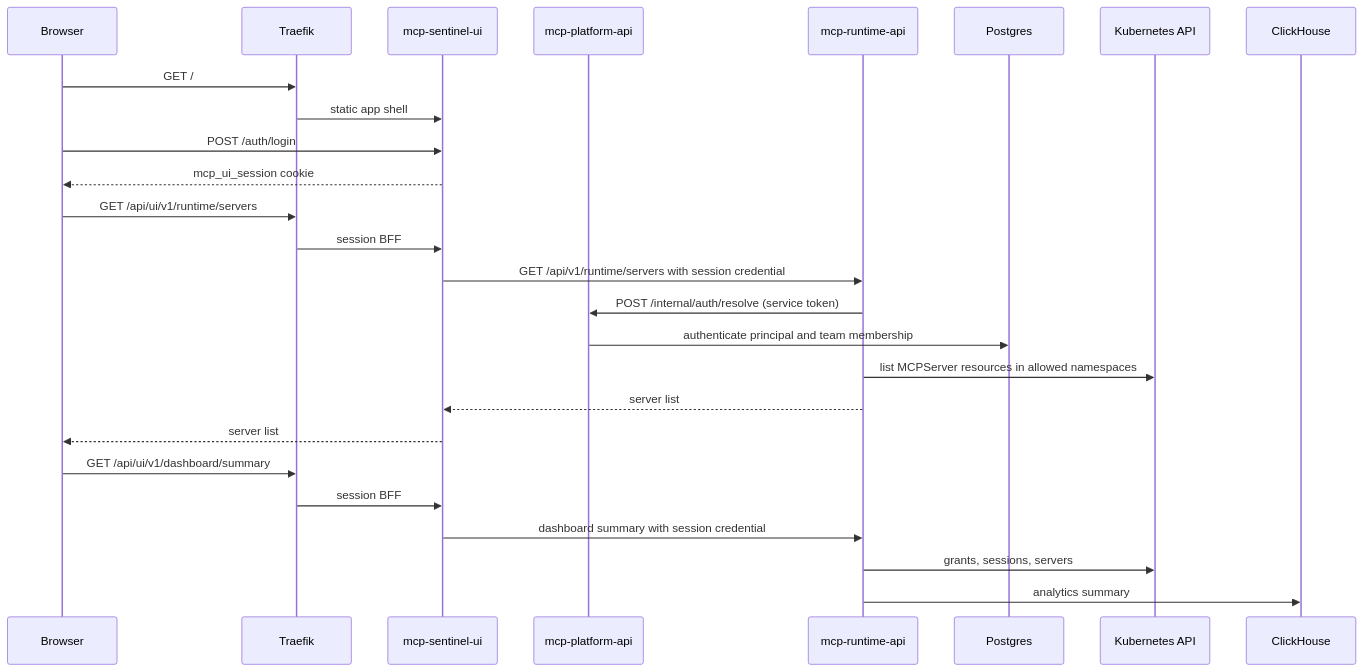
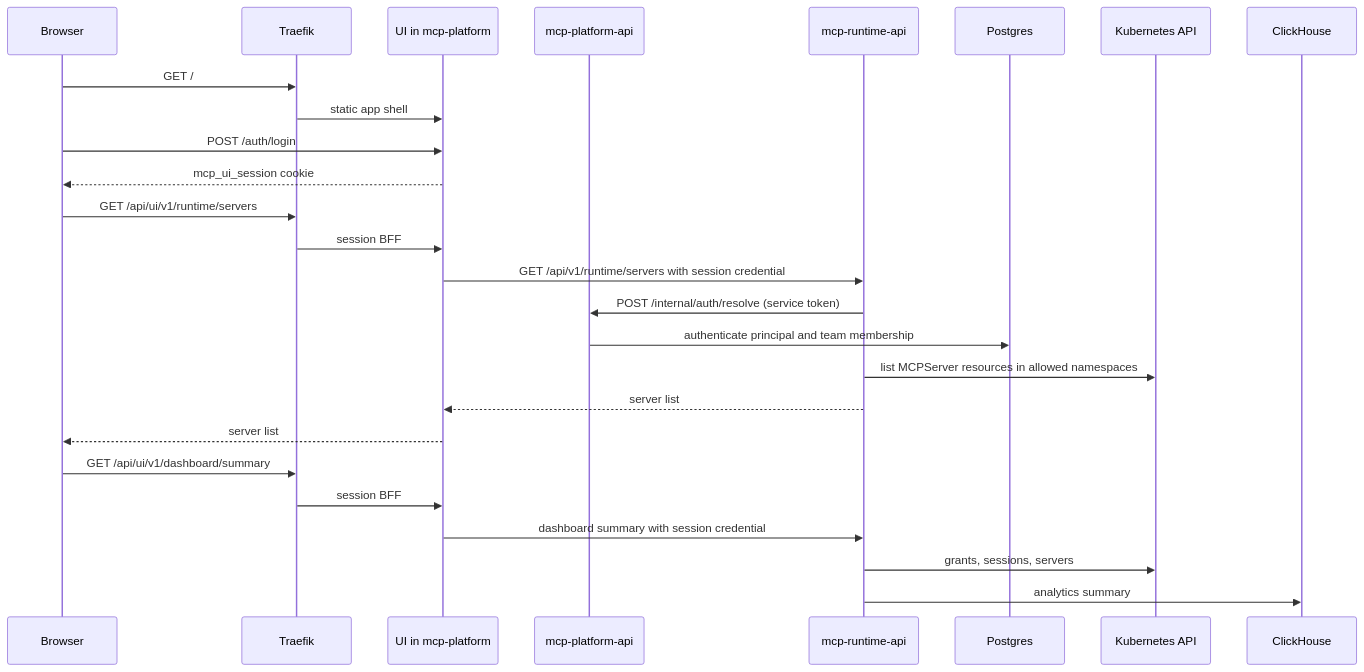
One commit to mcp-runtime/mcp-runtime changed the fifth of 9 diagrams in docs/internals/request-flows.md. Above: the diagram before and after it, drawn with Mermaid. The commit also changed other lines of this file and 237 other files, not shown here.

````diff
--- a/docs/internals/request-flows.md
+++ b/docs/internals/request-flows.md
@@ -169,29 +169,29 @@
 ```mermaid
 sequenceDiagram
     participant Browser
     participant Ingress as Traefik
-    participant UI as mcp-sentinel-ui
+    participant UI as UI in mcp-platform
     participant Platform as mcp-platform-api
     participant Runtime as mcp-runtime-api
     participant DB as Postgres
     participant K8s as Kubernetes API
     participant Store as ClickHouse
 
     Browser->>Ingress: GET /
     Ingress->>UI: static app shell
     Browser->>UI: POST /auth/login
     UI-->>Browser: mcp_ui_session cookie
     Browser->>Ingress: GET /api/ui/v1/runtime/servers
     Ingress->>UI: session BFF
     UI->>Runtime: GET /api/v1/runtime/servers with session credential
     Runtime->>Platform: POST /internal/auth/resolve (service token)
     Platform->>DB: authenticate principal and team membership
     Runtime->>K8s: list MCPServer resources in allowed namespaces
     Runtime-->>UI: server list
     UI-->>Browser: server list
     Browser->>Ingress: GET /api/ui/v1/dashboard/summary
     Ingress->>UI: session BFF
     UI->>Runtime: dashboard summary with session credential
     Runtime->>K8s: grants, sessions, servers
     Runtime->>Store: analytics summary
 ```
````
